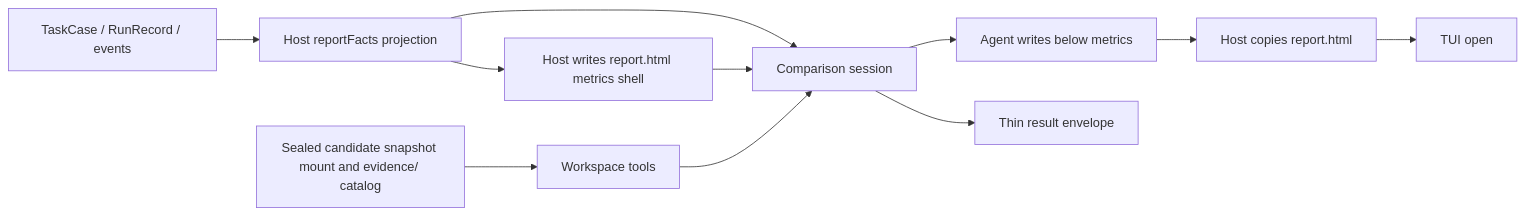
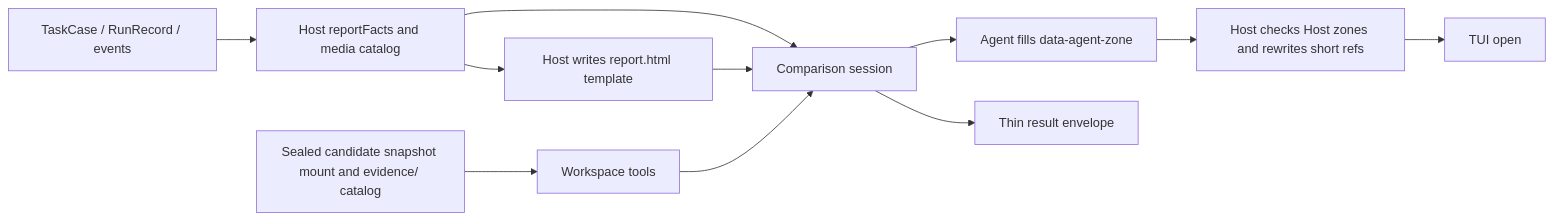
The diagram in docs/architecture/comparison.md (caulif/Reprise), drawn with Mermaid before and after one commit. The commit also changed other lines of this file and 114 other files, not shown here.

First line of the commit message:
feat: separate host facts from agent output across comparison, recovery, and controller

````diff
--- a/docs/architecture/comparison.md
+++ b/docs/architecture/comparison.md
@@ -11,13 +13,13 @@
 ```mermaid
 flowchart LR
-  A[TaskCase / RunRecord / events] --> B[Host reportFacts projection]
+  A[TaskCase / RunRecord / events] --> B[Host reportFacts and media catalog]
   C[Sealed candidate snapshot mount and evidence/ catalog] --> D[Workspace tools]
   B --> E[Comparison session]
   D --> E
-  B --> S[Host writes report.html metrics shell]
+  B --> S[Host writes report.html template]
   S --> E
-  E --> F[Agent writes below metrics]
-  F --> G[Host copies report.html]
+  E --> F[Agent fills data-agent-zone]
+  F --> G[Host checks Host zones and rewrites short refs]
+  G --> I[TUI open]
   E --> H[Thin result envelope]
-  G --> I[TUI open]
 ```
````
